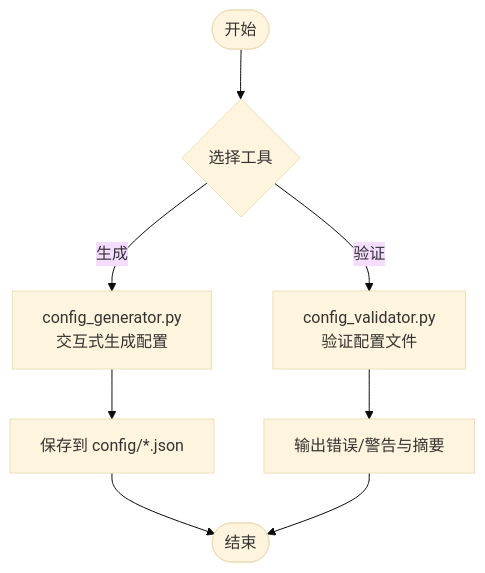
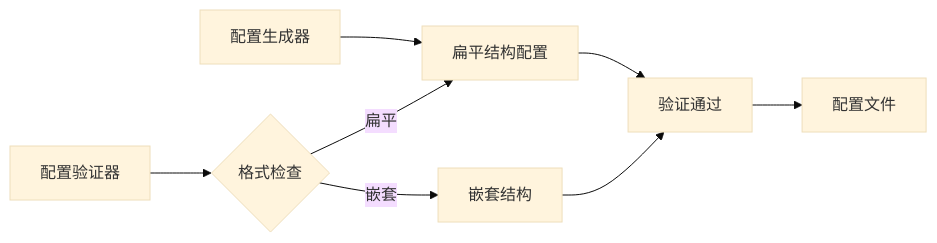
Before and after one commit to bench-prog/backtrader: the fourth of 5 diagrams in .qoder/repowiki/zh/content/实盘交易模块/Binance交易所集成/配置管理系统.md, drawn with Mermaid (base theme). The commit also changed other lines of this file and 4 other files, not shown here.

````diff
--- a/.qoder/repowiki/zh/content/实盘交易模块/Binance交易所集成/配置管理系统.md
+++ b/.qoder/repowiki/zh/content/实盘交易模块/Binance交易所集成/配置管理系统.md
@@ -202,10 +249,10 @@
 ```mermaid
-flowchart TD
-Start(["开始"]) --> GenOrVal{"选择工具"}
-GenOrVal --> |生成| Gen["config_generator.py<br/>交互式生成配置"]
-GenOrVal --> |验证| Val["config_validator.py<br/>验证配置文件"]
-Gen --> Save["保存到 config/*.json"]
-Val --> Report["输出错误/警告与摘要"]
-Save --> End(["结束"])
-Report --> End
+flowchart LR
+Gen["配置生成器"] --> Flat["扁平结构配置"]
+Val["配置验证器"] --> Check{"格式检查"}
+Check --> |扁平| Flat
+Check --> |嵌套| Nested["嵌套结构"]
+Flat --> Valid["验证通过"]
+Nested --> Valid
+Valid --> Result["配置文件"]
 ```
````
